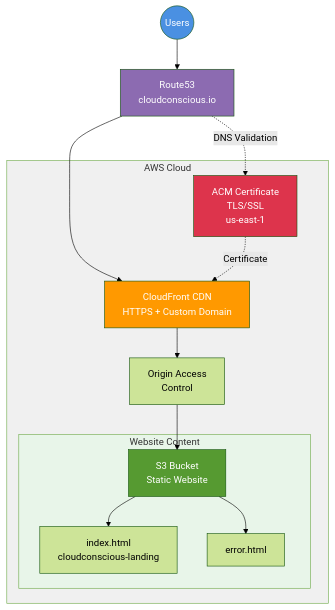
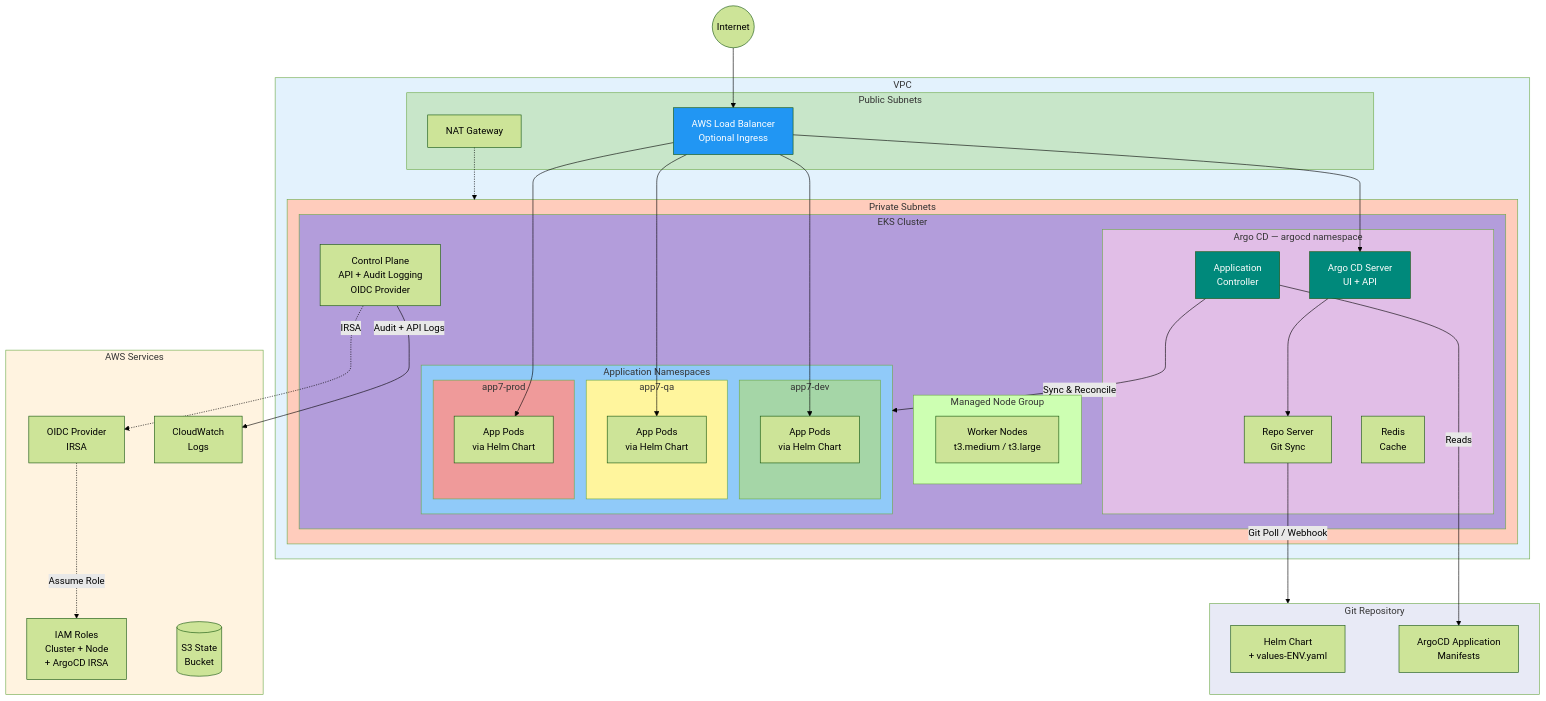
The first of 3 diagrams in terraform/live/aws/stacks/app6/README.md (vegatros/repo1), drawn with Mermaid (forest theme) before and after one commit. The commit also changed other lines of this file and 85 other files, not shown here.

````diff
--- a/terraform/live/aws/stacks/app6/README.md
+++ b/terraform/live/aws/stacks/app6/README.md
@@ -7,28 +9,80 @@
 ```mermaid
 graph TB
-    Users((Users)) --> R53[Route53<br/>cloudconscious.io]
-    R53 --> CF[CloudFront CDN<br/>HTTPS + Custom Domain]
-    
-    subgraph AWS["AWS Cloud"]
-        CF --> OAC[Origin Access<br/>Control]
-        OAC --> S3[S3 Bucket<br/>Static Website]
-        
-        ACM[ACM Certificate<br/>TLS/SSL<br/>us-east-1]
-        
-        subgraph Content["Website Content"]
-            S3 --> HTML[index.html<br/>cloudconscious-landing]
-            S3 --> ERR[error.html]
+    Internet((Internet)) --> ALB[AWS Load Balancer<br/>Optional Ingress]
+
+    subgraph VPC ["VPC"]
+        subgraph Public ["Public Subnets"]
+            ALB
+            NAT[NAT Gateway]
+        end
+
+        subgraph Private ["Private Subnets"]
+            subgraph EKS ["EKS Cluster"]
+                CP[Control Plane<br/>API + Audit Logging<br/>OIDC Provider]
+
+                subgraph NodeGroup ["Managed Node Group"]
+                    Node1[Worker Nodes<br/>t3.medium / t3.large]
+                end
+
+                subgraph ArgoCD ["Argo CD — argocd namespace"]
+                    Server[Argo CD Server<br/>UI + API]
+                    Repo[Repo Server<br/>Git Sync]
+                    Controller[Application<br/>Controller]
+                    Redis[Redis<br/>Cache]
+                end
+
+                subgraph Apps ["Application Namespaces"]
+                    subgraph Dev ["app7-dev"]
+                        DevApp[App Pods<br/>via Helm Chart]
+                    end
+                    subgraph QA ["app7-qa"]
+                        QAApp[App Pods<br/>via Helm Chart]
+                    end
+                    subgraph Prod ["app7-prod"]
+                        ProdApp[App Pods<br/>via Helm Chart]
+                    end
+                end
+            end
         end
     end
-    
-    ACM -.->|Certificate| CF
-    R53 -.->|DNS Validation| ACM
-    
-    style Users fill:#4a90e2,color:#fff
-    style R53 fill:#8c6bb1,color:#fff
-    style CF fill:#ff9900,color:#fff
-    style S3 fill:#569a31,color:#fff
-    style ACM fill:#dd344c,color:#fff
-    style AWS fill:#f0f0f0
-    style Content fill:#e8f5e9
+
+    subgraph AWS ["AWS Services"]
+        OIDC[OIDC Provider<br/>IRSA]
+        IAM[IAM Roles<br/>Cluster + Node<br/>+ ArgoCD IRSA]
+        S3State[(S3 State<br/>Bucket)]
+        CW[CloudWatch<br/>Logs]
+    end
+
+    subgraph GitRepo ["Git Repository"]
+        HelmChart[Helm Chart<br/>+ values-ENV.yaml]
+        ArgoCDManifests[ArgoCD Application<br/>Manifests]
+    end
+
+    Server --> Repo
+    Repo -->|Git Poll / Webhook| GitRepo
+    Controller -->|Sync & Reconcile| Apps
+    Controller -->|Reads| ArgoCDManifests
+
+    ALB --> Server
+    ALB --> DevApp & QAApp & ProdApp
+    NAT -.-> Private
+
+    CP -.->|IRSA| OIDC
+    OIDC -.->|Assume Role| IAM
+    CP -->|Audit + API Logs| CW
+
+    style VPC fill:#e3f2fd
+    style Public fill:#c8e6c9
+    style Private fill:#ffccbc
+    style EKS fill:#b39ddb
+    style ArgoCD fill:#e1bee7
+    style Apps fill:#90caf9
+    style Dev fill:#a5d6a7
+    style QA fill:#fff59d
+    style Prod fill:#ef9a9a
+    style AWS fill:#fff3e0
+    style GitRepo fill:#e8eaf6
+    style ALB fill:#2196f3,color:#fff
+    style Server fill:#00897b,color:#fff
+    style Controller fill:#00897b,color:#fff
 ```
````
